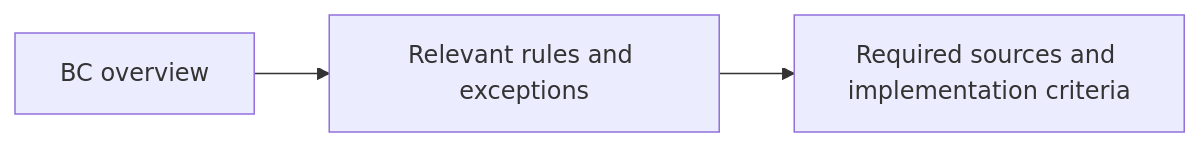
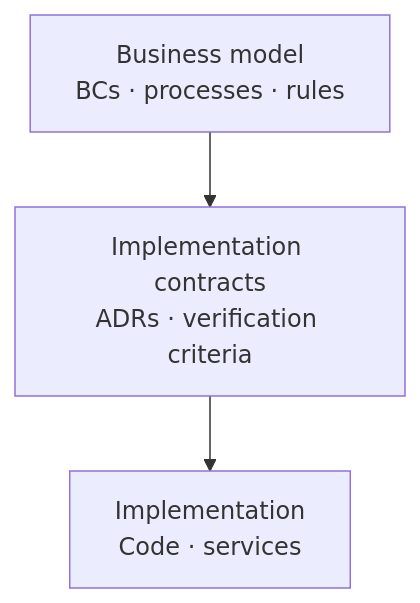
The fourth of 6 diagrams in _en/2026-11-05-enterprise-wide-ax-essentials.md (haandol/haandol.github.com), drawn with Mermaid before and after one commit. The commit also changed other lines of this file and 1 other file, not shown here.

````diff
--- a/_en/2026-11-05-enterprise-wide-ax-essentials.md
+++ b/_en/2026-11-05-enterprise-wide-ax-essentials.md
@@ -100,5 +178,5 @@
 ```mermaid
-flowchart LR
-  B["BC overview"] --> R["Relevant rules and exceptions"]
-  R --> E["Required sources and implementation criteria"]
+flowchart TB
+  M["Business model<br/>BCs · processes · rules"] --> A["Implementation contracts<br/>ADRs · verification criteria"]
+  A --> C["Implementation<br/>Code · services"]
 ```
````
